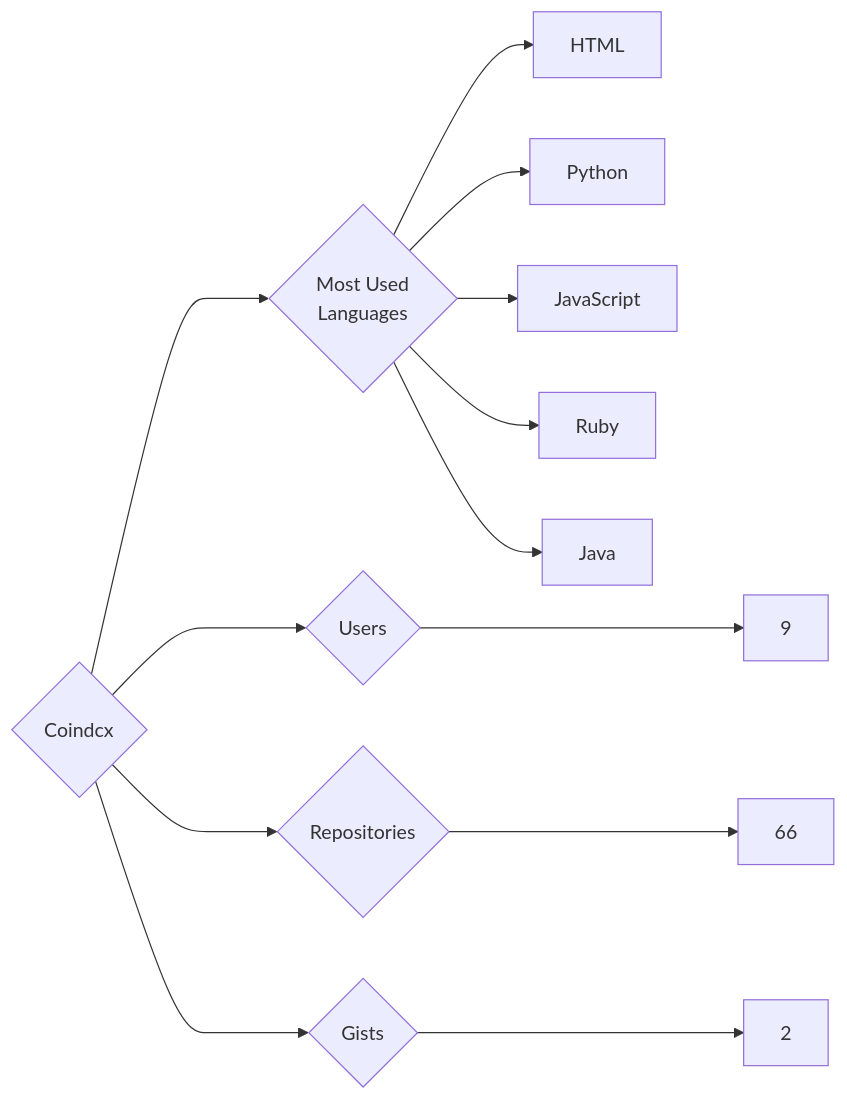
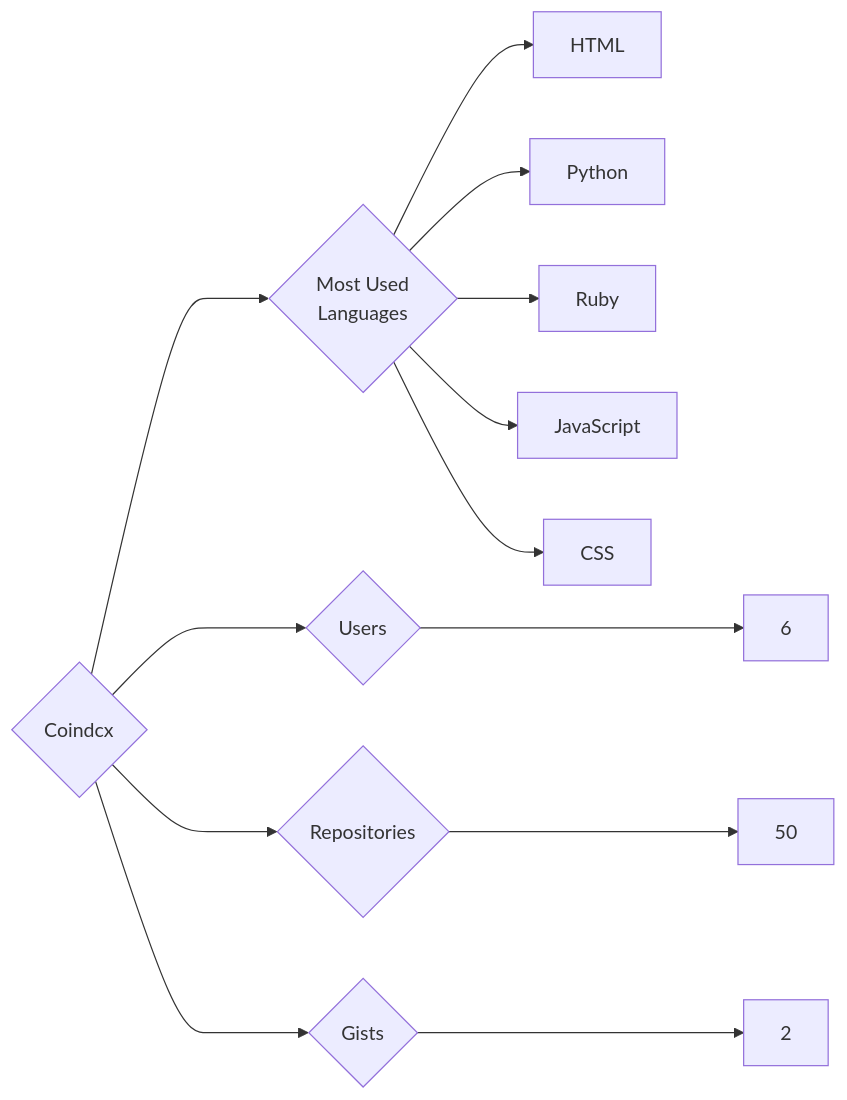
Before and after one commit to trickest/insiders: the diagram in targets/Coindcx/README.md, drawn with Mermaid. The commit also changed 1084 other files, not shown here.

````diff
--- a/targets/Coindcx/README.md
+++ b/targets/Coindcx/README.md
@@ -3,13 +3,13 @@
 ```mermaid
 graph LR
 COMPANY_NAME{Coindcx}
-COMPANY_NAME ---> U{Users} ---> UN[9]
-COMPANY_NAME ---> R{Repositories} ---> RN[66]
+COMPANY_NAME ---> U{Users} ---> UN[6]
+COMPANY_NAME ---> R{Repositories} ---> RN[50]
 COMPANY_NAME ---> G{Gists} ---> GN[2]
 COMPANY_NAME ---> ML{Most Used<br>Languages}
 ML --> HTML[HTML]
 ML --> Python[Python]
+ML --> Ruby[Ruby]
 ML --> JavaScript[JavaScript]
-ML --> Ruby[Ruby]
-ML --> Java[Java]
+ML --> CSS[CSS]
 ```
````
